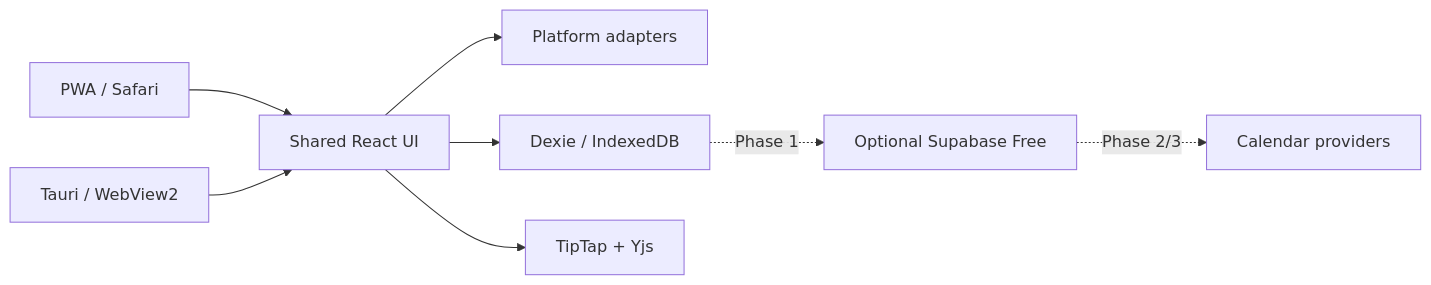
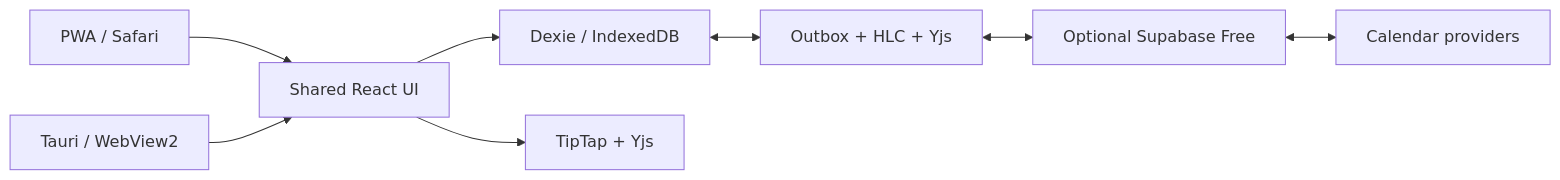
Before and after one commit to KangKimpor/kimpor-workspace: the diagram in README.md, drawn with Mermaid. The commit also changed other lines of this file and 259 other files, not shown here.

````diff
--- a/README.md
+++ b/README.md
@@ -54,10 +101,10 @@
 ```mermaid
 flowchart LR
   Web[PWA / Safari] --> UI[Shared React UI]
   Desktop[Tauri / WebView2] --> UI
-  UI --> Adapters[Platform adapters]
   UI --> Local[Dexie / IndexedDB]
   UI --> Editor[TipTap + Yjs]
-  Local -. Phase 1 .-> Cloud[Optional Supabase Free]
-  Cloud -. Phase 2/3 .-> Providers[Calendar providers]
+  Local <--> Sync[Outbox + HLC + Yjs]
+  Sync <--> Cloud[Optional Supabase Free]
+  Cloud <--> Providers[Calendar providers]
 ```
````
